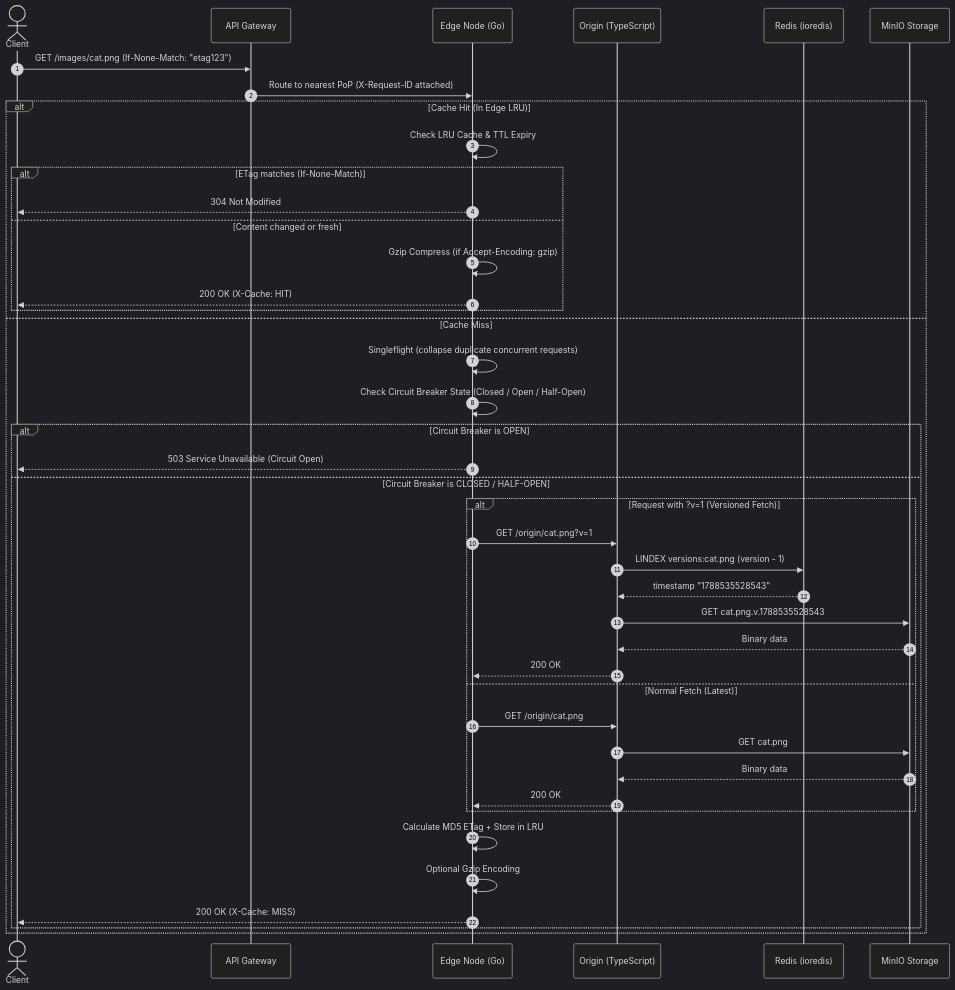
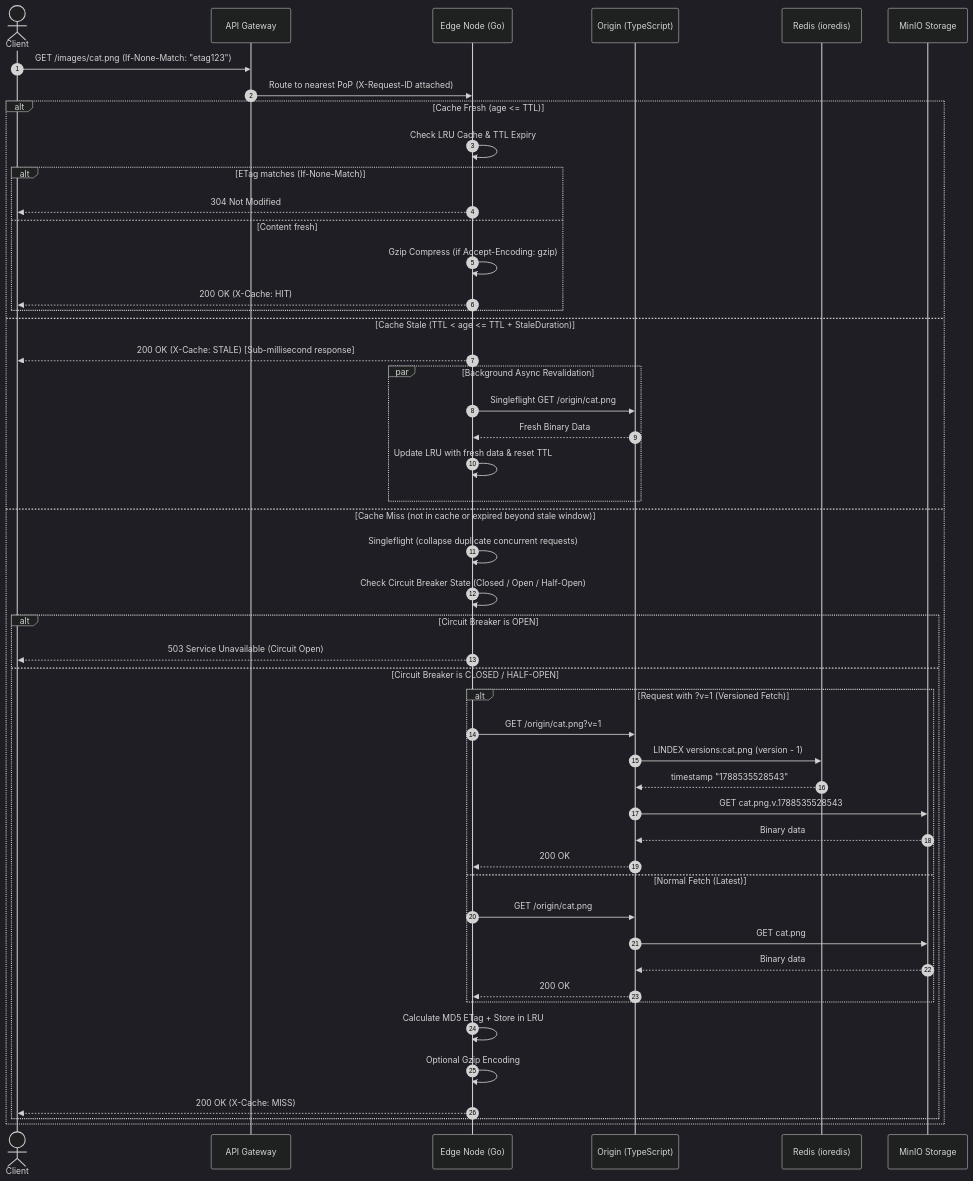
One commit to asmit990/miniCDN changed the second of 4 diagrams in README.md. Above: the diagram before and after it, drawn with Mermaid (dark theme). The commit also changed other lines of this file, not shown here.

Commit message:
docs: update README with stale-while-revalidate, rollback API, and comprehensive test suite

````diff
--- a/README.md
+++ b/README.md
@@ -160,49 +160,56 @@
 ``` mermaid 
 sequenceDiagram
     autonumber
     actor Client
     participant GW as API Gateway
     participant Edge as Edge Node (Go)
     participant Origin as Origin (TypeScript)
     participant Redis as Redis (ioredis)
     participant MinIO as MinIO Storage
 
     Client->>GW: GET /images/cat.png (If-None-Match: "etag123")
     GW->>Edge: Route to nearest PoP (X-Request-ID attached)
 
-    alt Cache Hit (In Edge LRU)
+    alt Cache Fresh (age <= TTL)
         Edge->>Edge: Check LRU Cache & TTL Expiry
         alt ETag matches (If-None-Match)
             Edge-->>Client: 304 Not Modified
-        else Content changed or fresh
+        else Content fresh
             Edge->>Edge: Gzip Compress (if Accept-Encoding: gzip)
             Edge-->>Client: 200 OK (X-Cache: HIT)
         end
-    else Cache Miss
+    else Cache Stale (TTL < age <= TTL + StaleDuration)
+        Edge-->>Client: 200 OK (X-Cache: STALE) [Sub-millisecond response]
+        par Background Async Revalidation
+            Edge->>Origin: Singleflight GET /origin/cat.png
+            Origin-->>Edge: Fresh Binary Data
+            Edge->>Edge: Update LRU with fresh data & reset TTL
+        end
+    else Cache Miss (not in cache or expired beyond stale window)
         Edge->>Edge: Singleflight (collapse duplicate concurrent requests)
         Edge->>Edge: Check Circuit Breaker State (Closed / Open / Half-Open)
         
         alt Circuit Breaker is OPEN
             Edge-->>Client: 503 Service Unavailable (Circuit Open)
         else Circuit Breaker is CLOSED / HALF-OPEN
             alt Request with ?v=1 (Versioned Fetch)
                 Edge->>Origin: GET /origin/cat.png?v=1
                 Origin->>Redis: LINDEX versions:cat.png (version - 1)
                 Redis-->>Origin: timestamp "1788535528543"
                 Origin->>MinIO: GET cat.png.v.1788535528543
                 MinIO-->>Origin: Binary data
                 Origin-->>Edge: 200 OK
             else Normal Fetch (Latest)
                 Edge->>Origin: GET /origin/cat.png
                 Origin->>MinIO: GET cat.png
                 MinIO-->>Origin: Binary data
                 Origin-->>Edge: 200 OK
             end
 
             Edge->>Edge: Calculate MD5 ETag + Store in LRU
             Edge->>Edge: Optional Gzip Encoding
             Edge-->>Client: 200 OK (X-Cache: MISS)
         end
     end
 
 ```
````
